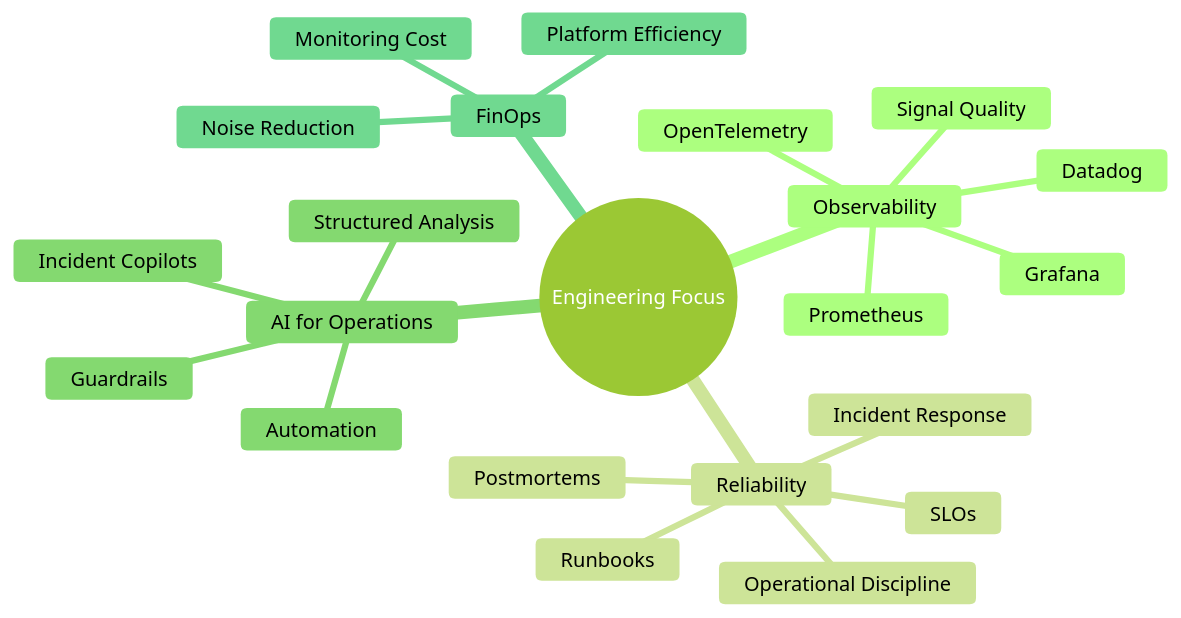
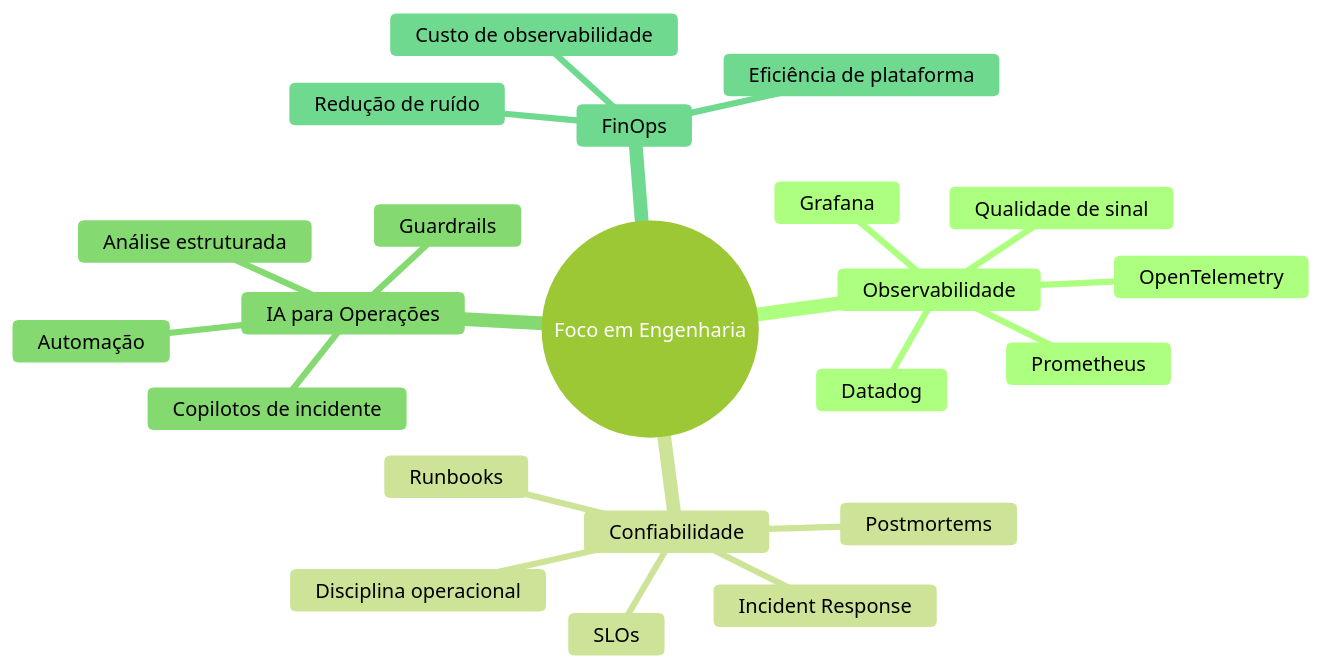
The diagram in README.md (guigobh/guigobh), drawn with Mermaid (forest theme) before and after one commit. The commit also changed other lines of this file, not shown here.

````diff
--- a/README.md
+++ b/README.md
@@ -50,25 +50,25 @@
 ```mermaid
 mindmap
-  root((Engineering Focus))
-    Observability
+  root((Foco em Engenharia))
+    Observabilidade
       Datadog
       Prometheus
       Grafana
       OpenTelemetry
-      Signal Quality
-    Reliability
+      Qualidade de sinal
+    Confiabilidade
       SLOs
       Incident Response
       Runbooks
       Postmortems
-      Operational Discipline
-    AI for Operations
-      Incident Copilots
-      Structured Analysis
-      Automation
+      Disciplina operacional
+    IA para Operações
+      Copilotos de incidente
+      Análise estruturada
+      Automação
       Guardrails
     FinOps
-      Monitoring Cost
-      Platform Efficiency
-      Noise Reduction
+      Custo de observabilidade
+      Eficiência de plataforma
+      Redução de ruído
 ```
````
